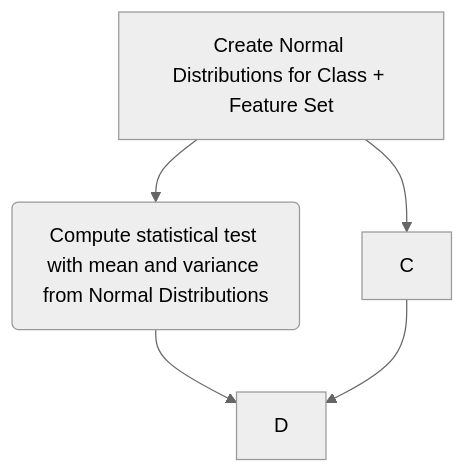
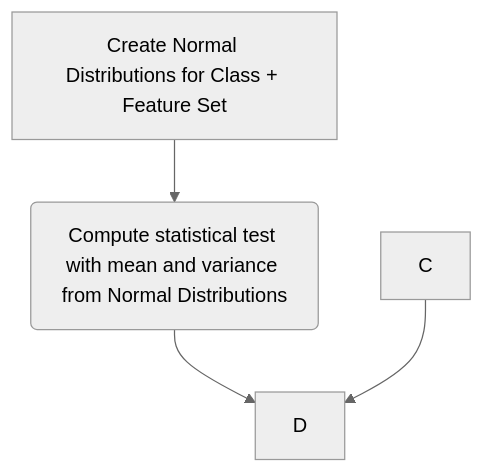
One commit to Treece-Burgess/MPI_Wtime changed the diagram in StatisticalTestFlow.md. Above: the diagram before and after it, drawn with Mermaid (neutral theme).

````diff
--- a/StatisticalTestFlow.md
+++ b/StatisticalTestFlow.md
@@ -1,7 +1,6 @@
 ```mermaid
   flowchart TD;
       A[Create Normal Distributions for Class + Feature Set] --> B(Compute statistical test with mean and variance from Normal Distributions);
-      A-->C;
       B-->D;
       C-->D;
 ```
````
